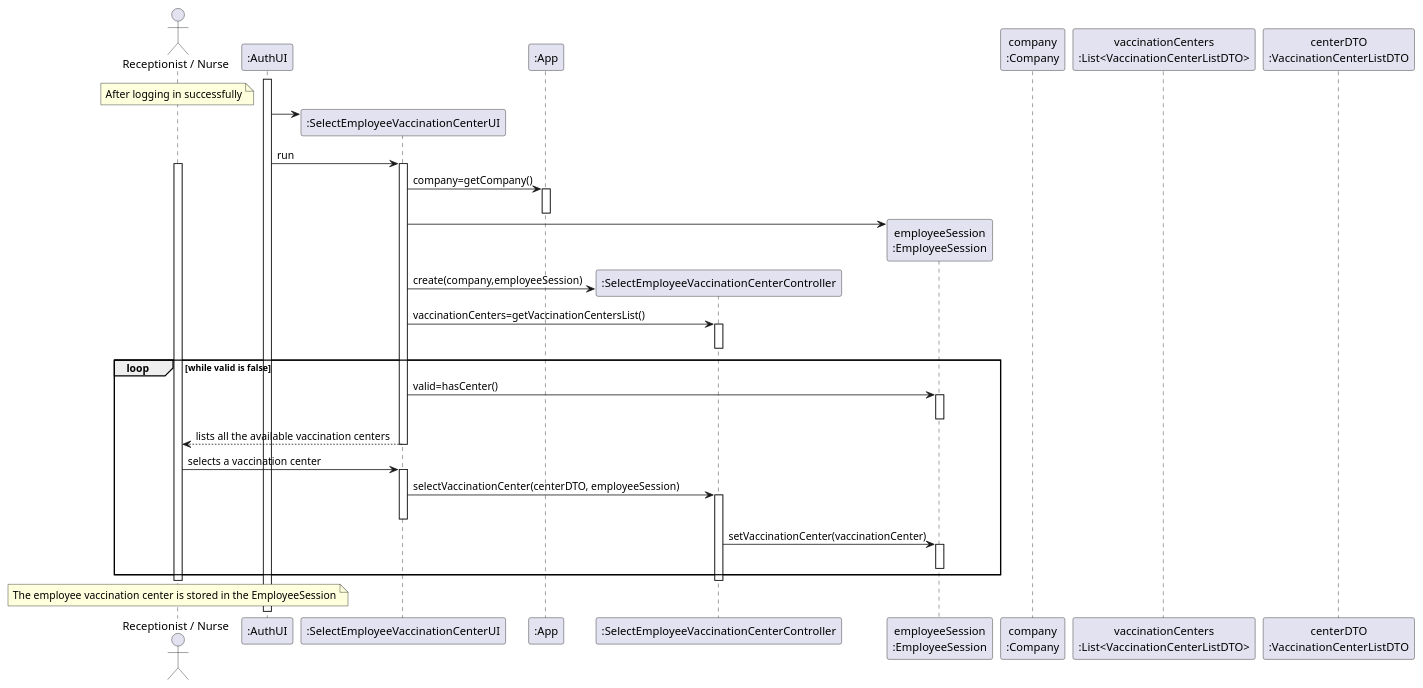
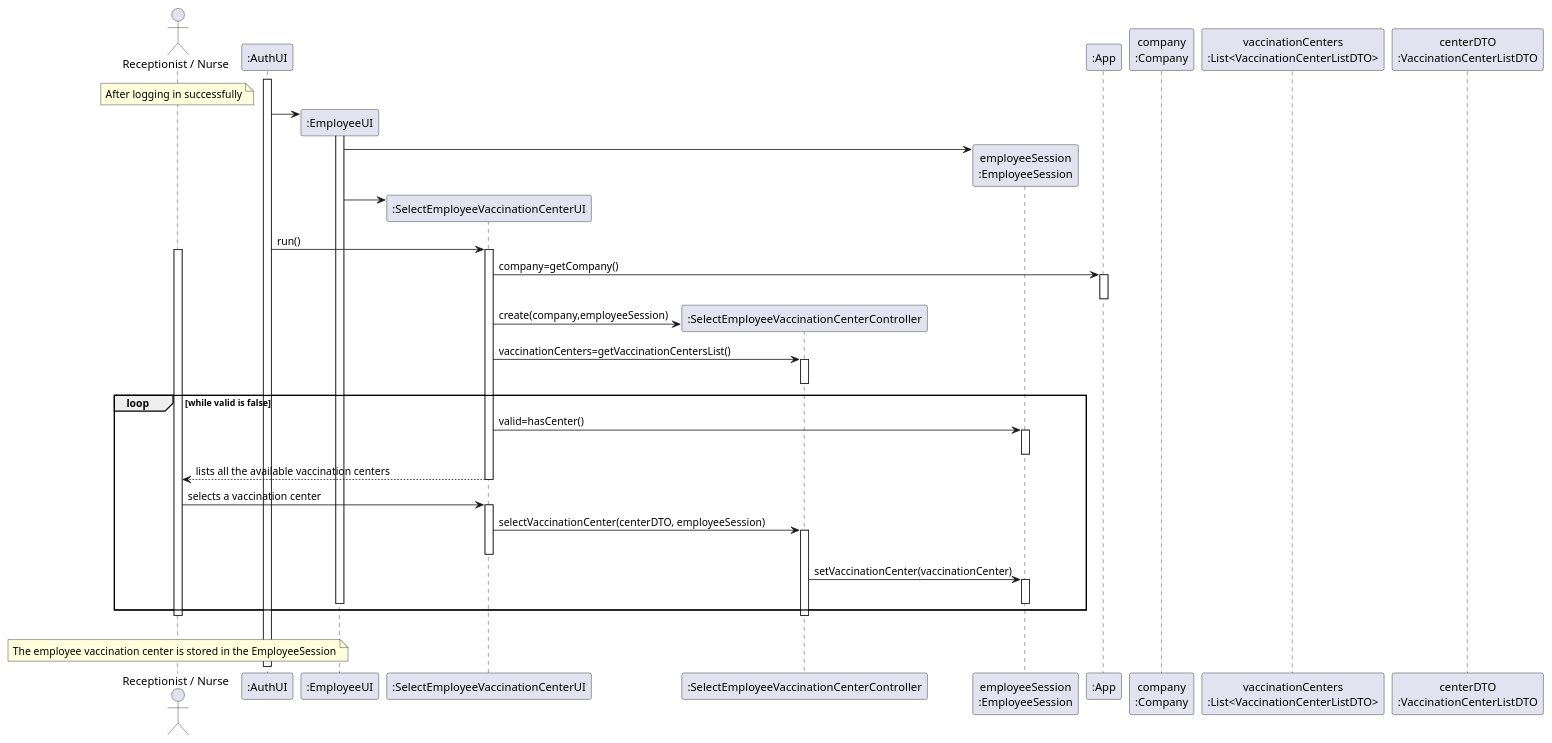
One commit to miseEnPlace-i/lapr2 changed the diagram in docs/SprintC/US05/SD/EmployeeLogin_SD.puml. Above: the diagram before and after it, drawn with PlantUML. The commit also changed 1 other file, not shown here.

Commit message:
docs(US05): updated SD of employee session

```diff
--- a/docs/SprintC/US05/SD/EmployeeLogin_SD.puml
+++ b/docs/SprintC/US05/SD/EmployeeLogin_SD.puml
@@ -1,64 +1,72 @@
 @startuml
 actor "Receptionist / Nurse" as NUR
 
 note over NUR
  After logging in successfully
 end note
 
 participant ":AuthUI" as AUTHUI
 
 activate AUTHUI
+create ":EmployeeUI" as EUI
+AUTHUI -> EUI **
 create ":SelectEmployeeVaccinationCenterUI" as UI
-AUTHUI -> UI
-AUTHUI -> UI : run
+participant ":SelectEmployeeVaccinationCenterController" as CTRL
+participant "employeeSession\n:EmployeeSession" as SESSION
+activate EUI
+EUI -> SESSION **
+EUI -> UI **
+AUTHUI -> UI : run()
 activate UI
 participant ":App" as APP
 activate NUR
 
 UI -> APP : company=getCompany()
 activate APP
 deactivate APP
 
-participant ":SelectEmployeeVaccinationCenterController" as CTRL
-participant "employeeSession\n:EmployeeSession" as SESSION
-UI -> SESSION **
+
 UI -> CTRL ** : create(company,employeeSession)
 
 UI -> CTRL : vaccinationCenters=getVaccinationCentersList()
 activate CTRL
 deactivate CTRL
 
 loop while valid is false
 UI -> SESSION : valid=hasCenter()
 activate SESSION
 deactivate SESSION
 
 UI --> NUR : lists all the available vaccination centers
 deactivate UI
 
 participant "company\n:Company" as COMP
 
 NUR -> UI : selects a vaccination center
 activate UI
 UI -> CTRL : selectVaccinationCenter(centerDTO, employeeSession)
 activate CTRL
 deactivate UI
 CTRL -> SESSION : setVaccinationCenter(vaccinationCenter)
 activate SESSION
 deactivate SESSION
+deactivate EUI
+
 
 end loop
 
 deactivate CTRL
 
 deactivate UI
 
 deactivate NUR
 
 participant "vaccinationCenters\n:List<VaccinationCenterListDTO>" 
 participant "centerDTO\n:VaccinationCenterListDTO" 
 
+|||
+
 note over NUR
   The employee vaccination center is stored in the EmployeeSession
 end note
 @enduml
```
